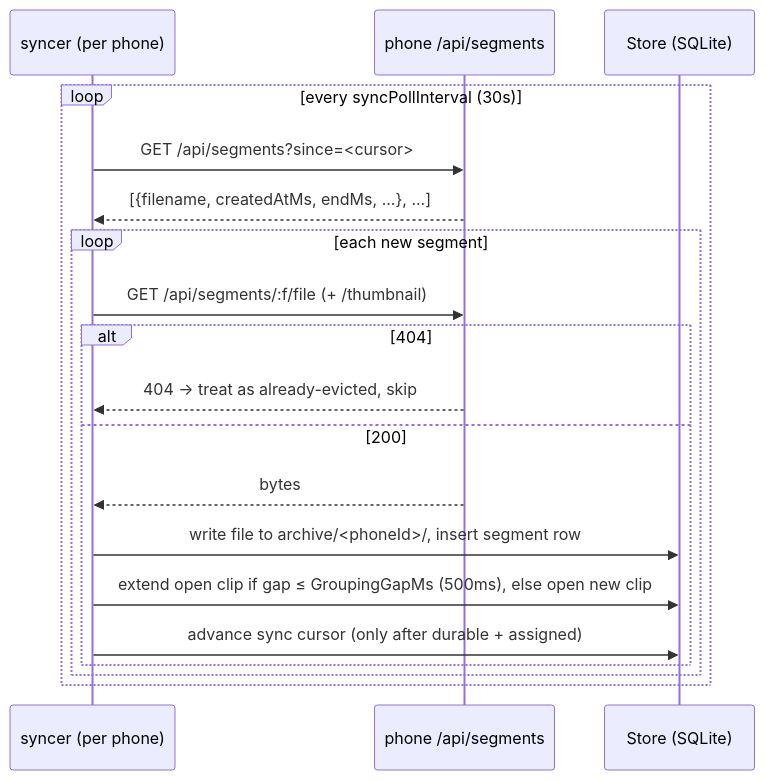
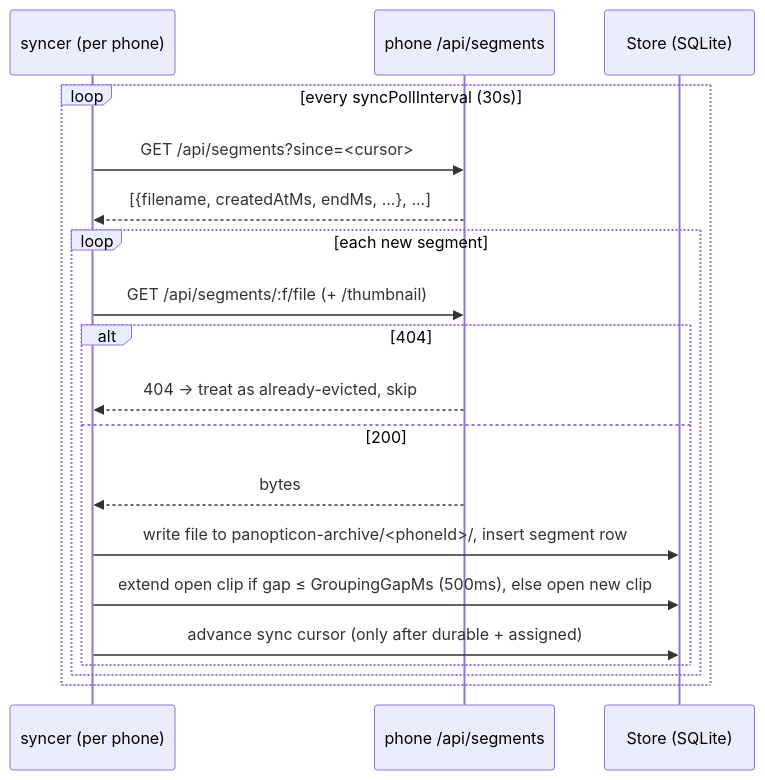
The fourth of 4 diagrams in docs/design/architecture.md (ifeanyiecheruo/panopticon), drawn with Mermaid before and after one commit. The commit also changed other lines of this file and 9 other files, not shown here.

````diff
--- a/docs/design/architecture.md
+++ b/docs/design/architecture.md
@@ -236,22 +236,22 @@
 ```mermaid
 sequenceDiagram
     participant S as syncer (per phone)
     participant P as phone /api/segments
     participant DB as Store (SQLite)
 
     loop every syncPollInterval (30s)
         S->>P: GET /api/segments?since=<cursor>
         P-->>S: [{filename, createdAtMs, endMs, ...}, ...]
         loop each new segment
             S->>P: GET /api/segments/:f/file  (+ /thumbnail)
             alt 404
                 P-->>S: 404 → treat as already-evicted, skip
             else 200
                 P-->>S: bytes
-                S->>DB: write file to archive/<phoneId>/, insert segment row
+                S->>DB: write file to panopticon-archive/<phoneId>/, insert segment row
                 S->>DB: extend open clip if gap ≤ GroupingGapMs (500ms), else open new clip
                 S->>DB: advance sync cursor (only after durable + assigned)
             end
         end
     end
 ```
````
